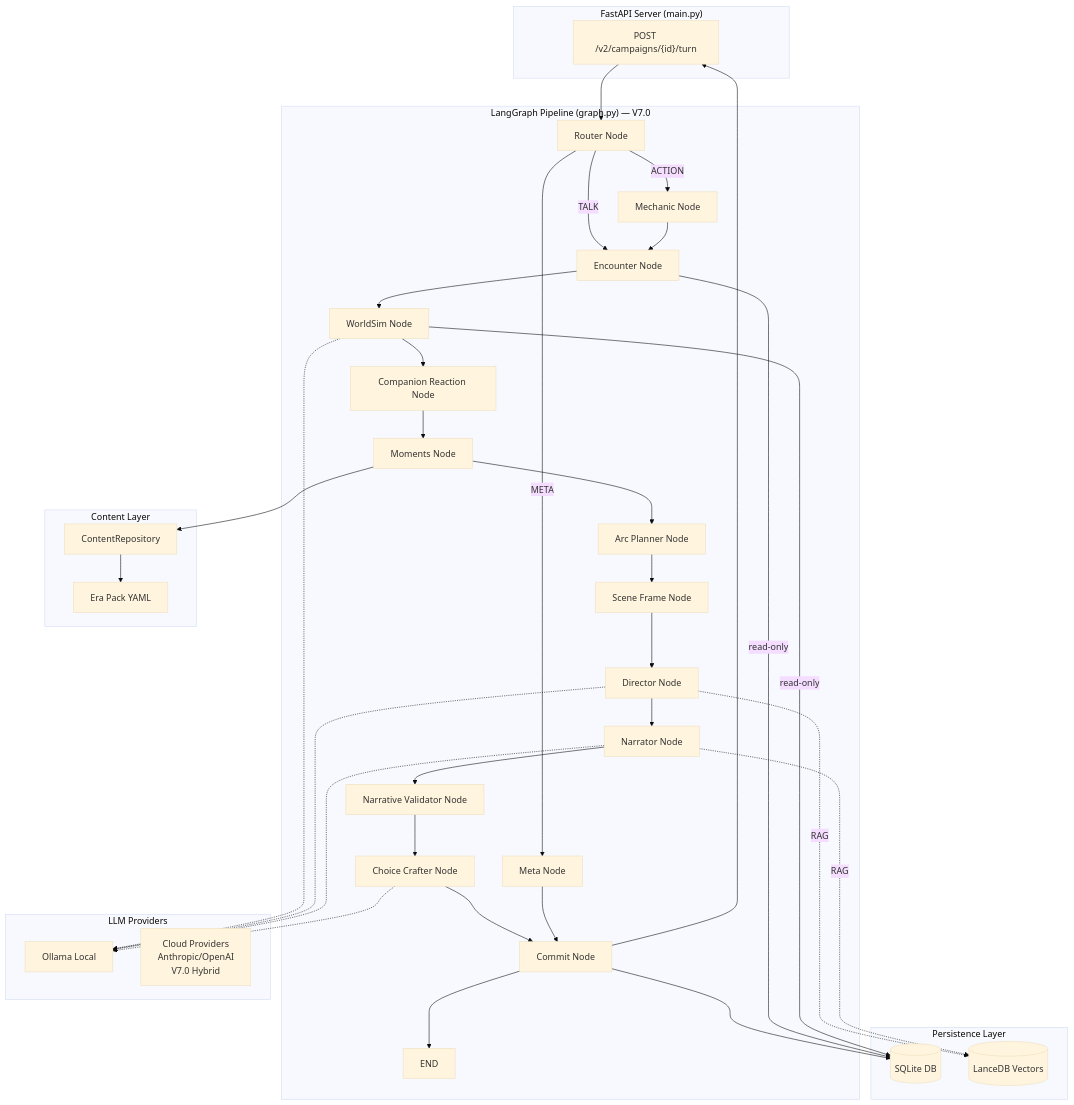
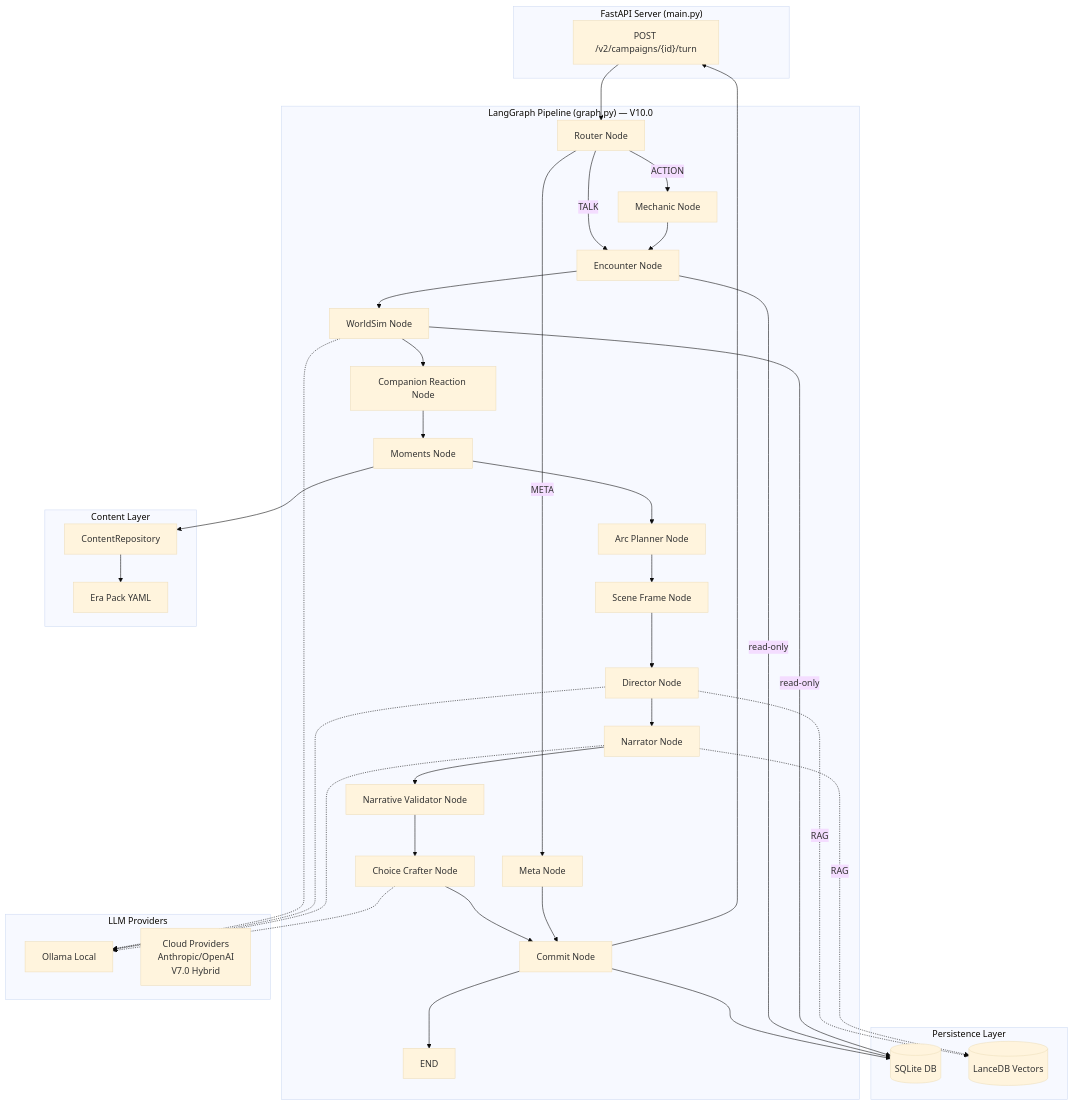
Before and after one commit to DinomyteHero/Storyteller-V2: the diagram in docs/00_overview.md, drawn with Mermaid (base theme). The commit also changed other lines of this file and 25 other files, not shown here.

````diff
--- a/docs/00_overview.md
+++ b/docs/00_overview.md
@@ -63,54 +77,54 @@
 ```mermaid
 graph TD
     subgraph "FastAPI Server (main.py)"
         API["POST /v2/campaigns/{id}/turn"]
     end
 
-    subgraph "LangGraph Pipeline (graph.py) — V7.0"
+    subgraph "LangGraph Pipeline (graph.py) — V10.0"
         R[Router Node] --> | META| META[Meta Node]
         R --> | TALK| ENC[Encounter Node]
         R --> | ACTION| MECH[Mechanic Node]
         MECH --> ENC
         ENC --> WS[WorldSim Node]
         WS --> CR[Companion Reaction Node]
         CR --> MOM[Moments Node]
         MOM --> ARC[Arc Planner Node]
         ARC --> SF[Scene Frame Node]
         SF --> DIR[Director Node]
         DIR --> NAR[Narrator Node]
         NAR --> VAL[Narrative Validator Node]
         VAL --> CC[Choice Crafter Node]
         CC --> COMMIT[Commit Node]
         META --> COMMIT
         COMMIT --> END_NODE[END]
     end
 
     subgraph "Persistence Layer"
         SQLite[(SQLite DB)]
         LanceDB[(LanceDB Vectors)]
     end
 
     subgraph "LLM Providers"
         Ollama[Ollama Local]
         Cloud[Cloud Providers<br/>Anthropic/OpenAI<br/>V7.0 Hybrid]
     end
 
     subgraph "Content Layer"
         REPO[ContentRepository]
         EraPacks[Era Pack YAML]
     end
 
     API --> R
     COMMIT --> SQLite
     ENC --> | read-only| SQLite
     WS --> | read-only| SQLite
     MOM --> REPO
     REPO --> EraPacks
     DIR -.-> | RAG| LanceDB
     NAR -.-> | RAG| LanceDB
     WS -.-> Ollama
     DIR -.-> Ollama
     NAR -.-> Ollama
     CC -.-> Ollama
     COMMIT --> API
 ```
````
